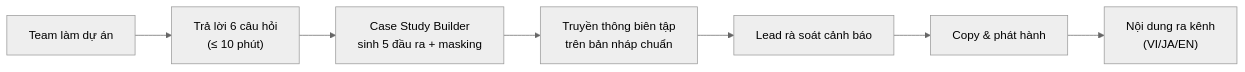
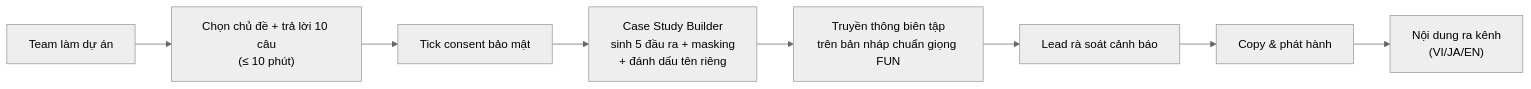
One commit to TrangVQ6/story-coders changed the fifth of 6 diagrams in docs/04-process-flows.md. Above: the diagram before and after it, drawn with Mermaid (neutral theme). The commit also changed other lines of this file and 44 other files, not shown here.

````diff
--- a/docs/04-process-flows.md
+++ b/docs/04-process-flows.md
@@ -128,9 +139,10 @@
 ```mermaid
 flowchart LR
-    A["Team làm dự án"] --> B["Trả lời 6 câu hỏi<br/>(≤ 10 phút)"]
-    B --> C["Case Study Builder<br/>sinh 5 đầu ra + masking"]
-    C --> D["Truyền thông biên tập<br/>trên bản nháp chuẩn"]
-    D --> E["Lead rà soát cảnh báo"]
-    E --> F["Copy & phát hành"]
-    F --> G["Nội dung ra kênh<br/>(VI/JA/EN)"]
+    A["Team làm dự án"] --> B["Chọn chủ đề + trả lời 10 câu<br/>(≤ 10 phút)"]
+    B --> C["Tick consent bảo mật"]
+    C --> D["Case Study Builder<br/>sinh 5 đầu ra + masking<br/>+ đánh dấu tên riêng"]
+    D --> E["Truyền thông biên tập<br/>trên bản nháp chuẩn giọng FUN"]
+    E --> F["Lead rà soát cảnh báo"]
+    F --> G["Copy & phát hành"]
+    G --> H["Nội dung ra kênh<br/>(VI/JA/EN)"]
 ```
````
